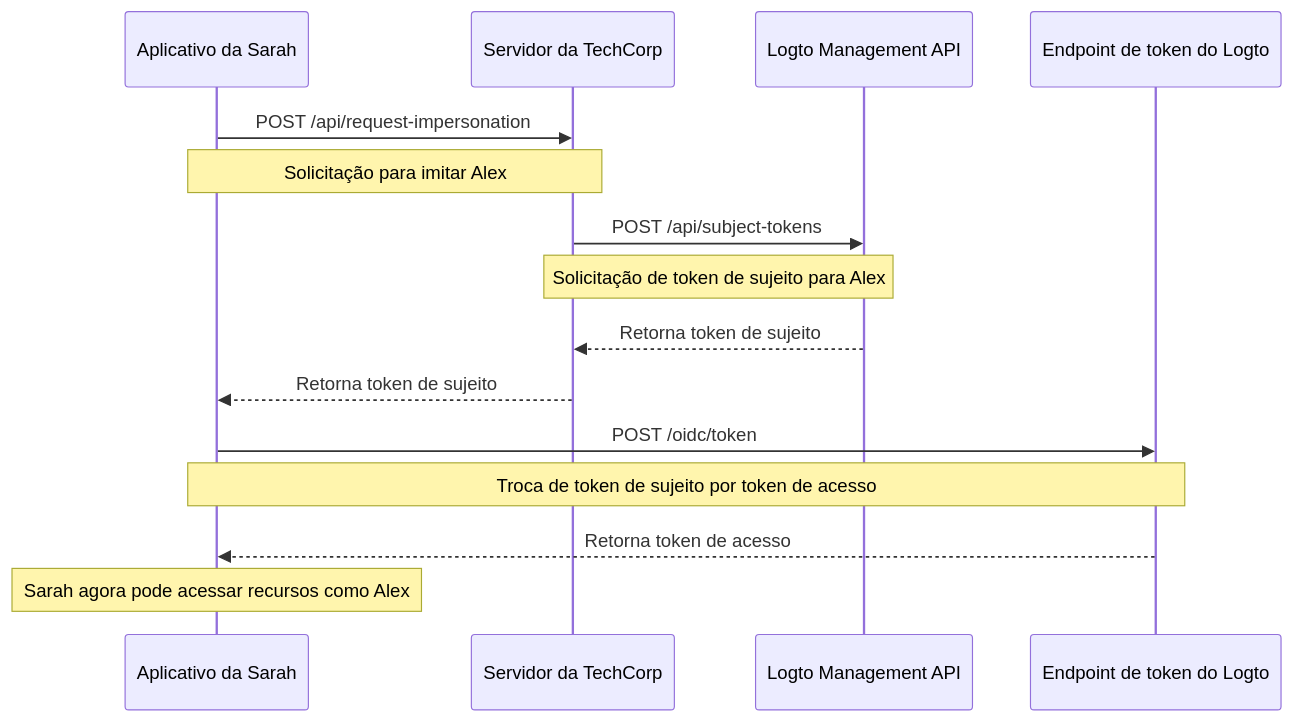
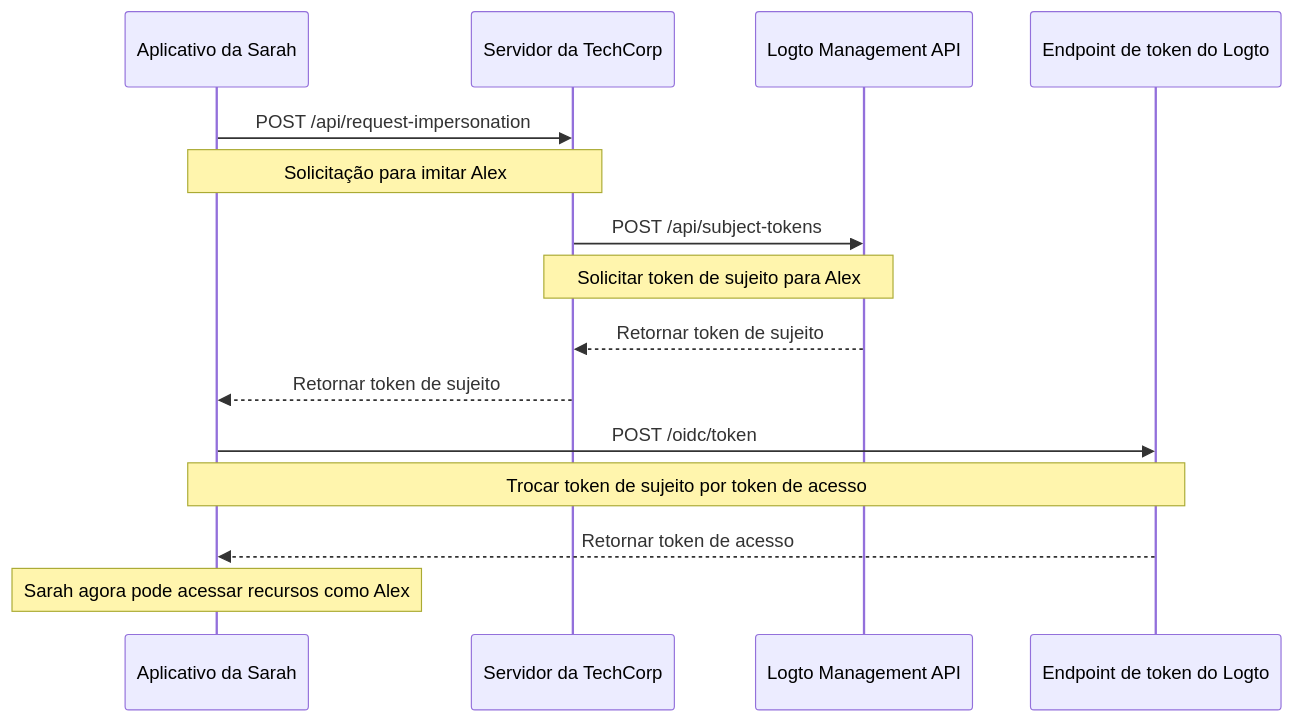
Before and after one commit to logto-io/docs: the diagram in i18n/pt-BR/docusaurus-plugin-content-docs/current/developers/user-impersonation.mdx, drawn with Mermaid. The commit also changed other lines of this file and 174 other files, not shown here.

````diff
--- a/i18n/pt-BR/docusaurus-plugin-content-docs/current/developers/user-impersonation.mdx
+++ b/i18n/pt-BR/docusaurus-plugin-content-docs/current/developers/user-impersonation.mdx
@@ -16,22 +16,22 @@
 ```mermaid
 sequenceDiagram
     participant Sarah as Aplicativo da Sarah
     participant TechCorp as Servidor da TechCorp
     participant Logto as Logto Management API
     participant LogtoToken as Endpoint de token do Logto
 
     Sarah->>TechCorp: POST /api/request-impersonation
     Note over Sarah,TechCorp: Solicitação para imitar Alex
 
     TechCorp->>Logto: POST /api/subject-tokens
-    Note over TechCorp,Logto: Solicitação de token de sujeito para Alex
+    Note over TechCorp,Logto: Solicitar token de sujeito para Alex
 
-    Logto-->>TechCorp: Retorna token de sujeito
-    TechCorp-->>Sarah: Retorna token de sujeito
+    Logto-->>TechCorp: Retornar token de sujeito
+    TechCorp-->>Sarah: Retornar token de sujeito
 
     Sarah->>LogtoToken: POST /oidc/token
-    Note over Sarah,LogtoToken: Troca de token de sujeito por token de acesso
+    Note over Sarah,LogtoToken: Trocar token de sujeito por token de acesso
 
-    LogtoToken-->>Sarah: Retorna token de acesso
+    LogtoToken-->>Sarah: Retornar token de acesso
     Note over Sarah: Sarah agora pode acessar recursos como Alex
 ```
````
